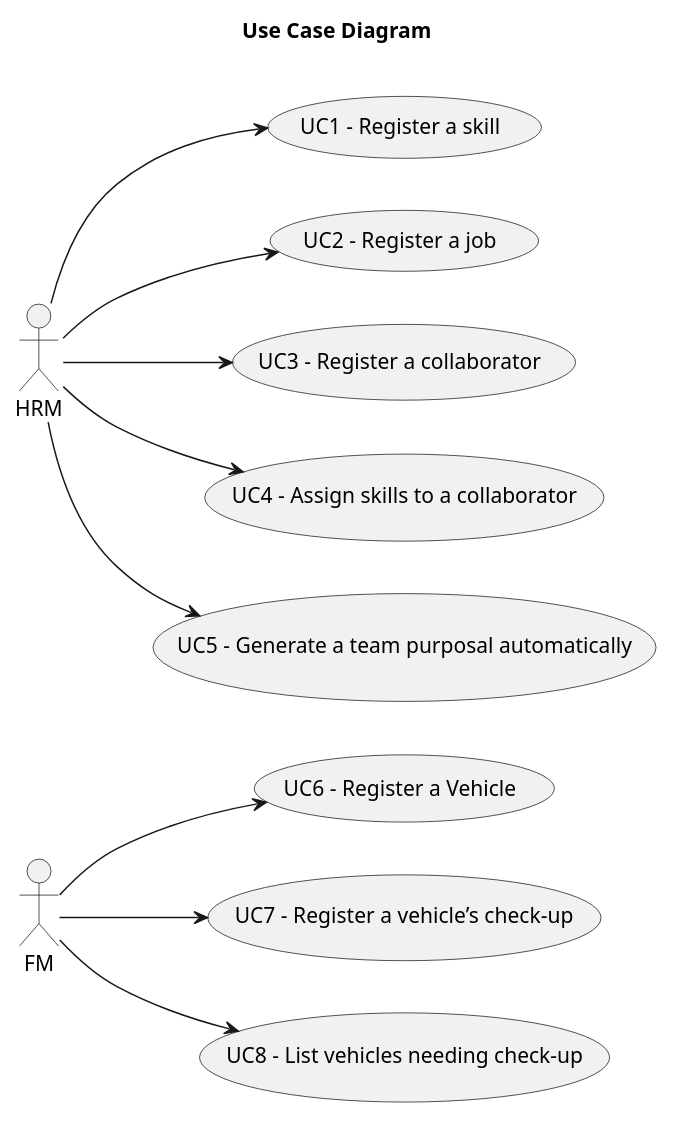
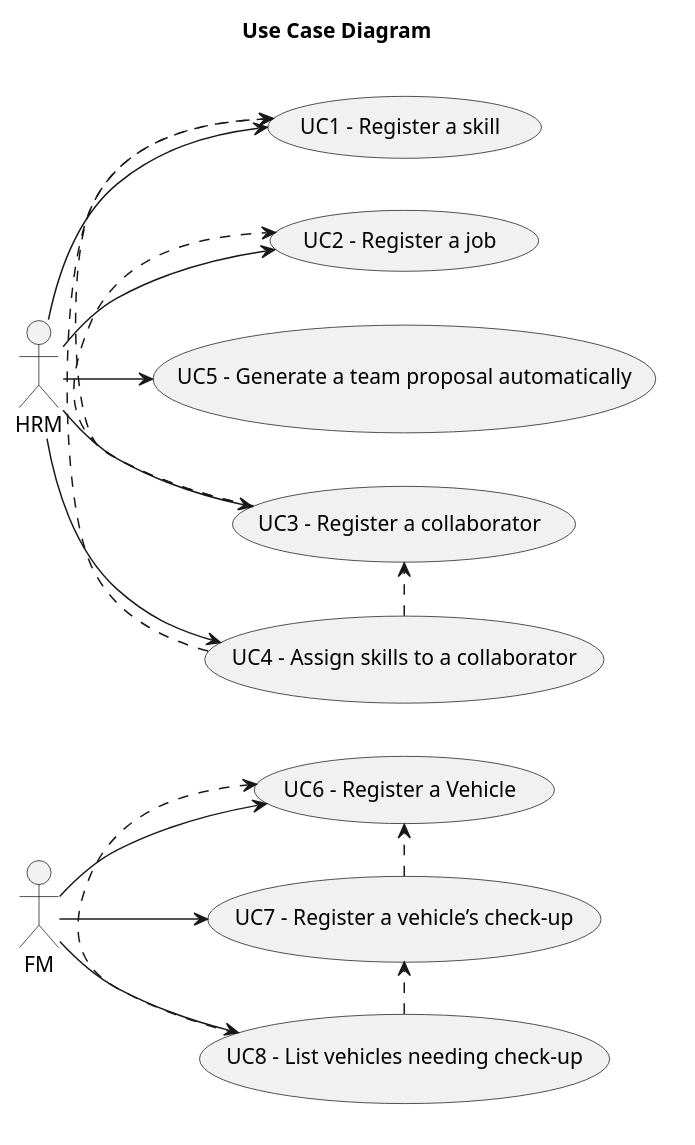
One commit to Rui-San/LAPR2_2023_2024 changed the diagram in docs/sprintA/global-artifacts/01.requirements-engineering/puml/use-case-diagram.puml. Above: the diagram before and after it, drawn with PlantUML. The commit also changed 4 other files, not shown here.

```diff
--- a/docs/sprintA/global-artifacts/01.requirements-engineering/puml/use-case-diagram.puml
+++ b/docs/sprintA/global-artifacts/01.requirements-engineering/puml/use-case-diagram.puml
@@ -1,57 +1,54 @@
 @startuml
 'skinparam monochrome true
 skinparam packageStyle rectangle
 'skinparam shadowing false
 
 skinparam rectangle {
     borderColor transparent
 }
 
 title Use Case Diagram
 
 left to right direction
 
     actor "HRM"
     actor "FM"
 
 
 rectangle {
 
 
     usecase "UC1 - Register a skill" as UC1
     usecase "UC2 - Register a job" as UC2
     usecase "UC3 - Register a collaborator" as UC3
     usecase "UC4 - Assign skills to a collaborator" as UC4
-    usecase "UC5 - Generate a team purposal automatically" as UC5
+    usecase "UC5 - Generate a team proposal automatically" as UC5
     usecase "UC6 - Register a Vehicle" as UC6
     usecase "UC7 - Register a vehicle’s check-up" as UC7
     usecase "UC8 - List vehicles needing check-up" as UC8
 
     HRM --> UC1
     HRM --> UC2
     HRM --> UC3
     HRM --> UC4
     HRM --> UC5
     FM --> UC6
     FM --> UC7
     FM --> UC8
 
 
-skinparam note {
-    borderColor transparent
-    backgroundColor transparent
-    UC3 > UC1
+    UC3 .> UC1
     UC3 .> UC2
     UC4 .> UC1
     UC4 .> UC3
     UC7 .> UC6
     UC8 .> UC6
     UC8 .> UC7
-}
+
 
 
 
 }
 
 
 @enduml
```
